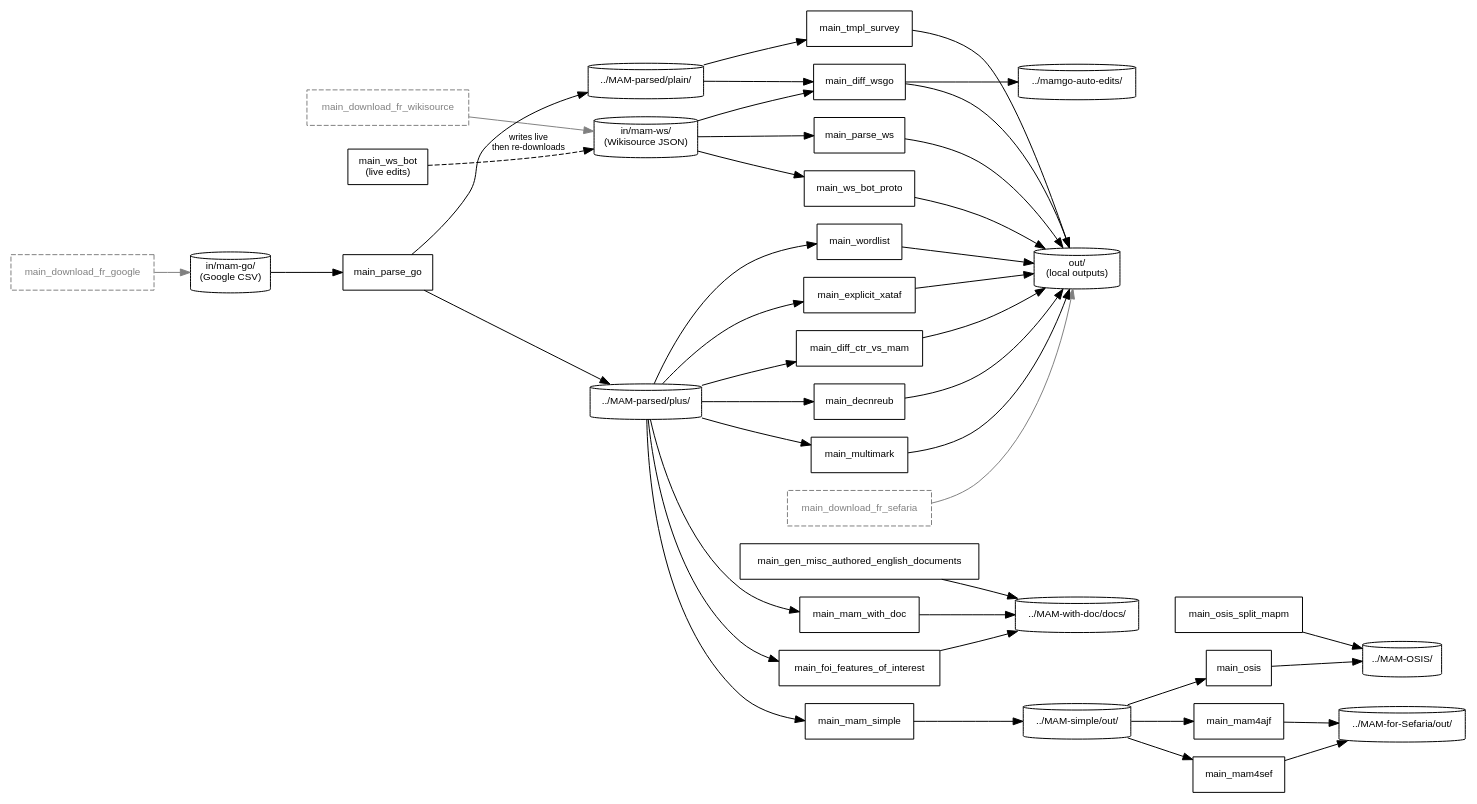
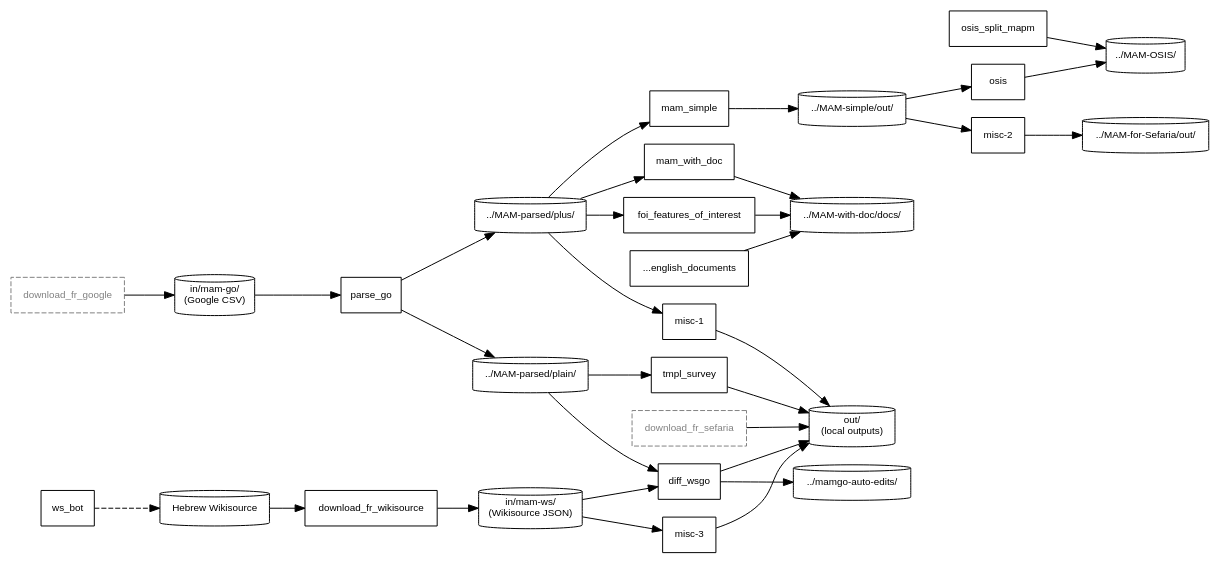
The diagram in MAM-process-documentation/pipeline.dot (bdenckla/MAM-basics), drawn with Graphviz before and after one commit. The commit also changed 1 other file, not shown here.

Commit message:
Refine pipeline diagram flow and labels
- separate Hebrew Wikisource from the local in/mam-ws cache
- remove misleading live/re-download wording and normalize arrow styling
- drop main_ prefixes and shorten long labels
- collapse topologically equivalent steps into misc-* tooltip nodes
- regenerate pipeline.svg

```diff
--- a/MAM-process-documentation/pipeline.dot
+++ b/MAM-process-documentation/pipeline.dot
@@ -1,104 +1,88 @@
 digraph mam_pipeline {
     // Speculation: this file may have been produced with Claude Code assistance.
     rankdir=LR;
     node [fontname="Helvetica", fontsize=10];
     edge [fontname="Helvetica", fontsize=9];
 
     // ── Data stores ──
     node [shape=cylinder];
     ds_go_csv    [label="in/mam-go/\n(Google CSV)"];
     ds_parsed_plus  [label="../MAM-parsed/plus/"];
     ds_parsed_plain [label="../MAM-parsed/plain/"];
     ds_ws        [label="in/mam-ws/\n(Wikisource JSON)"];
+    src_ws_live  [label="Hebrew Wikisource"];
     ds_simple    [label="../MAM-simple/out/"];
     ds_with_doc  [label="../MAM-with-doc/docs/"];
     ds_sefaria   [label="../MAM-for-Sefaria/out/"];
     ds_osis      [label="../MAM-OSIS/"];
     ds_out       [label="out/\n(local outputs)"];
     ds_mamgo_auto [label="../mamgo-auto-edits/"];
 
     // ── External prerequisites (not part of _STEPS) ──
     node [shape=box, style=dashed, color=gray, fontcolor=gray];
-    download_go  [label="main_download_fr_google"];
-    download_ws  [label="main_download_fr_wikisource"];
-    download_sef [label="main_download_fr_sefaria"];
+    download_go  [label="download_fr_google"];
+    download_sef [label="download_fr_sefaria"];
+    download_ws  [label="download_fr_wikisource", style="", color="", fontcolor=""];
 
     // ── Pipeline steps ──
     node [shape=box, style="", color="", fontcolor=""];
-    parse_go     [label="main_parse_go"];
-    foi          [label="main_foi_features_of_interest"];
-    mam_with_doc [label="main_mam_with_doc"];
-    tmpl_survey  [label="main_tmpl_survey"];
-    mam_simple   [label="main_mam_simple"];
-    mam4sef      [label="main_mam4sef"];
-    mam4ajf      [label="main_mam4ajf"];
-    osis         [label="main_osis"];
-    decnreub     [label="main_decnreub"];
-    multimark    [label="main_multimark"];
-    wordlist     [label="main_wordlist"];
-    explicit_xataf [label="main_explicit_xataf"];
-    diff_wsgo    [label="main_diff_wsgo"];
-    diff_ctr     [label="main_diff_ctr_vs_mam"];
-    parse_ws     [label="main_parse_ws"];
-    ws_bot_proto [label="main_ws_bot_proto"];
-    ws_bot       [label="main_ws_bot\n(live edits)"];
-    gen_docs     [label="main_gen_misc_authored_english_documents"];
-    osis_split   [label="main_osis_split_mapm"];
+    parse_go     [label="parse_go"];
+    foi          [label="foi_features_of_interest"];
+    mam_with_doc [label="mam_with_doc"];
+    tmpl_survey  [label="tmpl_survey"];
+    mam_simple   [label="mam_simple"];
+    misc_2       [label="misc-2", tooltip="mam4sef\nmam4ajf"];
+    osis         [label="osis"];
+    misc_1       [label="misc-1", tooltip="decnreub\nmultimark\nwordlist\nexplicit_xataf\ndiff_ctr_vs_mam"];
+    diff_wsgo    [label="diff_wsgo"];
+    misc_3       [label="misc-3", tooltip="parse_ws\nws_bot_proto"];
+    ws_bot       [label="ws_bot"];
+    gen_docs     [label="...english_documents"];
+    osis_split   [label="osis_split_mapm"];
 
     // ── Edges ──
 
     // Google pipeline
-    download_go  -> ds_go_csv   [color=gray];
+    download_go  -> ds_go_csv;
     ds_go_csv    -> parse_go;
     parse_go     -> ds_parsed_plus;
     parse_go     -> ds_parsed_plain;
 
     // MAM-parsed consumers
     ds_parsed_plus  -> foi;
     ds_parsed_plus  -> mam_with_doc;
     ds_parsed_plus  -> mam_simple;
-    ds_parsed_plus  -> decnreub;
-    ds_parsed_plus  -> multimark;
-    ds_parsed_plus  -> wordlist;
-    ds_parsed_plus  -> explicit_xataf;
-    ds_parsed_plus  -> diff_ctr;
+    ds_parsed_plus  -> misc_1;
     ds_parsed_plain -> tmpl_survey;
     ds_parsed_plain -> diff_wsgo;
 
     // MAM-with-doc outputs
     foi          -> ds_with_doc;
     mam_with_doc -> ds_with_doc;
     gen_docs     -> ds_with_doc;
 
     // MAM-simple pipeline
     mam_simple   -> ds_simple;
-    ds_simple    -> mam4sef;
-    ds_simple    -> mam4ajf;
+    ds_simple    -> misc_2;
     ds_simple    -> osis;
-    mam4sef      -> ds_sefaria;
-    mam4ajf      -> ds_sefaria;
+    misc_2       -> ds_sefaria;
     osis         -> ds_osis;
     osis_split   -> ds_osis;
 
     // Local out/ outputs
     tmpl_survey  -> ds_out;
-    decnreub     -> ds_out;
-    multimark    -> ds_out;
-    wordlist     -> ds_out;
-    explicit_xataf -> ds_out;
+    misc_1       -> ds_out;
     diff_wsgo    -> ds_out;
     diff_wsgo    -> ds_mamgo_auto;
-    diff_ctr     -> ds_out;
-    parse_ws     -> ds_out;
-    ws_bot_proto -> ds_out;
+    misc_3       -> ds_out;
 
     // Wikisource pipeline
-    download_ws  -> ds_ws       [color=gray];
+    src_ws_live  -> download_ws;
+    download_ws  -> ds_ws;
     ds_ws        -> diff_wsgo;
-    ds_ws        -> parse_ws;
-    ds_ws        -> ws_bot_proto;
-    ws_bot       -> ds_ws       [style=dashed, label="writes live\nthen re-downloads"];
+    ds_ws        -> misc_3;
+    ws_bot       -> src_ws_live [style=dashed];
 
     // Sefaria download (standalone)
-    download_sef -> ds_out      [color=gray];
+    download_sef -> ds_out;
 }
```
